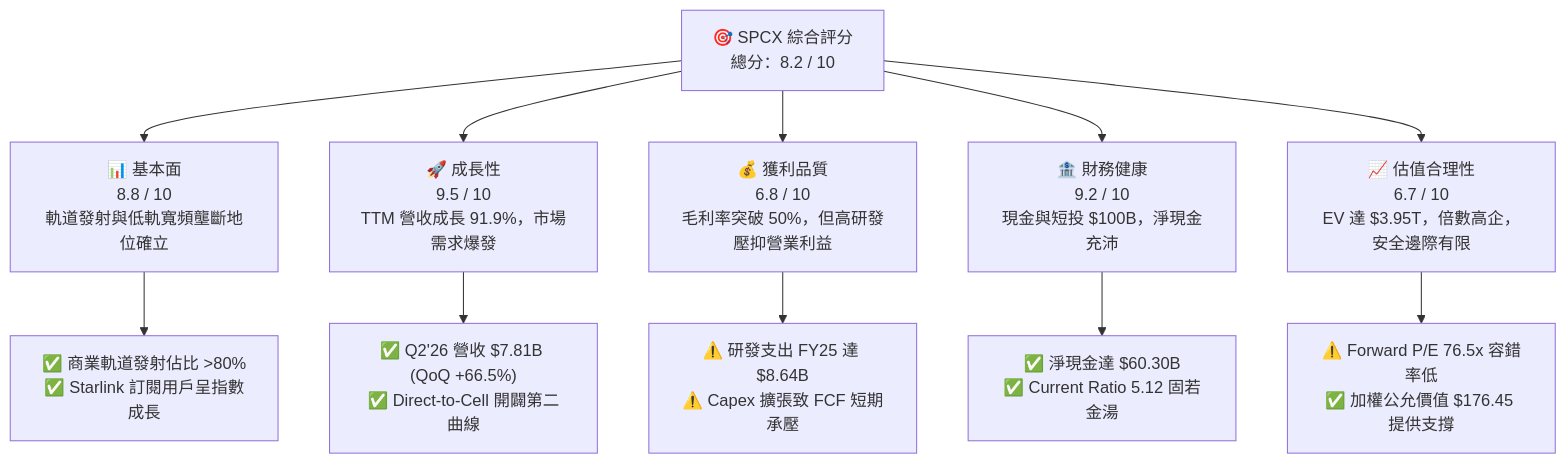
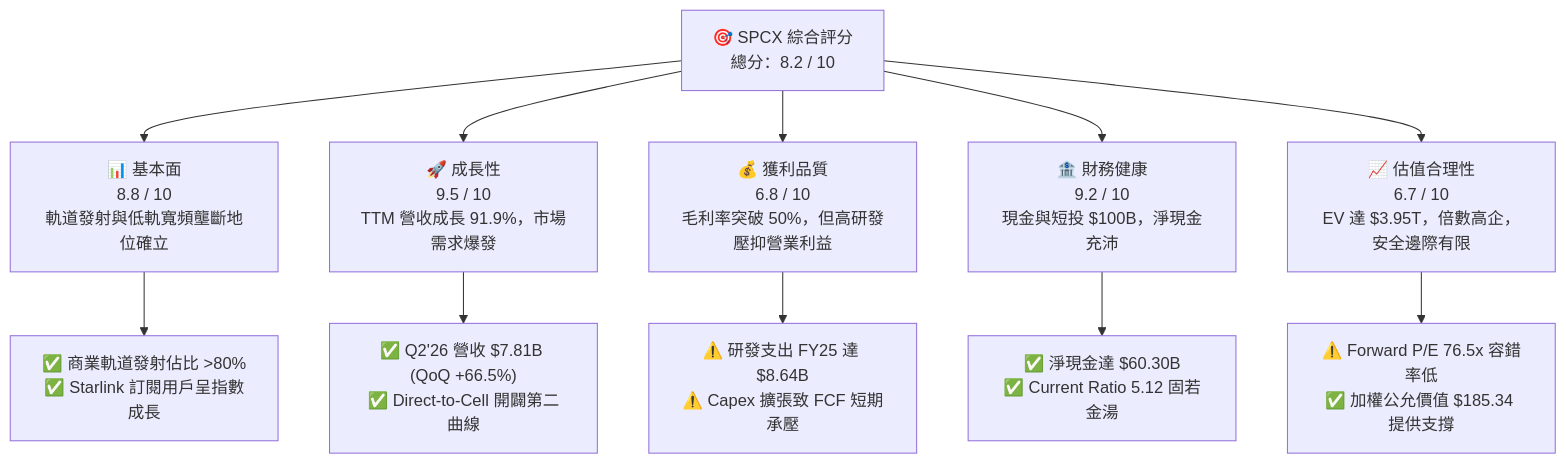
Before and after one commit to yennanliu/finance_data: the first of 15 diagrams in ai_gen_report/fundamental/spcx/fundamental_analysis_2026-10-14_gemini.md, drawn with Mermaid. The commit also changed other lines of this file and 339 other files, not shown here.

````diff
--- a/ai_gen_report/fundamental/spcx/fundamental_analysis_2026-10-14_gemini.md
+++ b/ai_gen_report/fundamental/spcx/fundamental_analysis_2026-10-14_gemini.md
@@ -60,22 +67,22 @@
 ```mermaid
 graph TD
     TICKER["🎯 SPCX 綜合評分<br/>總分：8.2 / 10"]
 
     F["📊 基本面<br/>8.8 / 10<br/>軌道發射與低軌寬頻壟斷地位確立"]
     G["🚀 成長性<br/>9.5 / 10<br/>TTM 營收成長 91.9%，市場需求爆發"]
     P["💰 獲利品質<br/>6.8 / 10<br/>毛利率突破 50%，但高研發壓抑營業利益"]
     B["🏦 財務健康<br/>9.2 / 10<br/>現金與短投 $100B，淨現金充沛"]
     V["📈 估值合理性<br/>6.7 / 10<br/>EV 達 $3.95T，倍數高企，安全邊際有限"]
 
     TICKER --> F
     TICKER --> G
     TICKER --> P
     TICKER --> B
     TICKER --> V
 
     F --> F1["✅ 商業軌道發射佔比 >80%<br/>✅ Starlink 訂閱用戶呈指數成長"]
     G --> G1["✅ Q2'26 營收 $7.81B (QoQ +66.5%)<br/>✅ Direct-to-Cell 開闢第二曲線"]
     P --> P1["⚠️ 研發支出 FY25 達 $8.64B<br/>⚠️ Capex 擴張致 FCF 短期承壓"]
     B --> B1["✅ 淨現金達 $60.30B<br/>✅ Current Ratio 5.12 固若金湯"]
-    V --> V1["⚠️ Forward P/E 76.5x 容錯率低<br/>✅ 加權公允價值 $176.45 提供支撐"]
+    V --> V1["⚠️ Forward P/E 76.5x 容錯率低<br/>✅ 加權公允價值 $185.34 提供支撐"]
 ```
````
